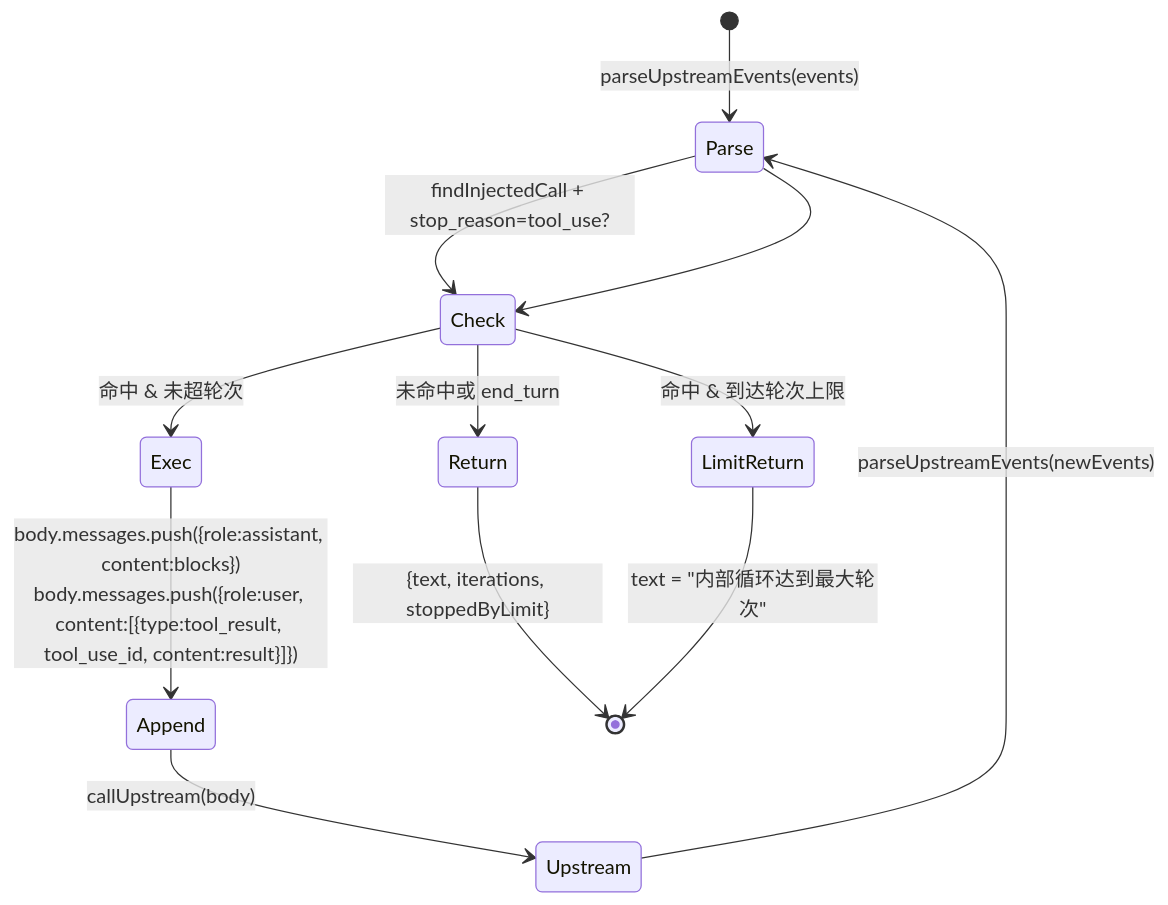
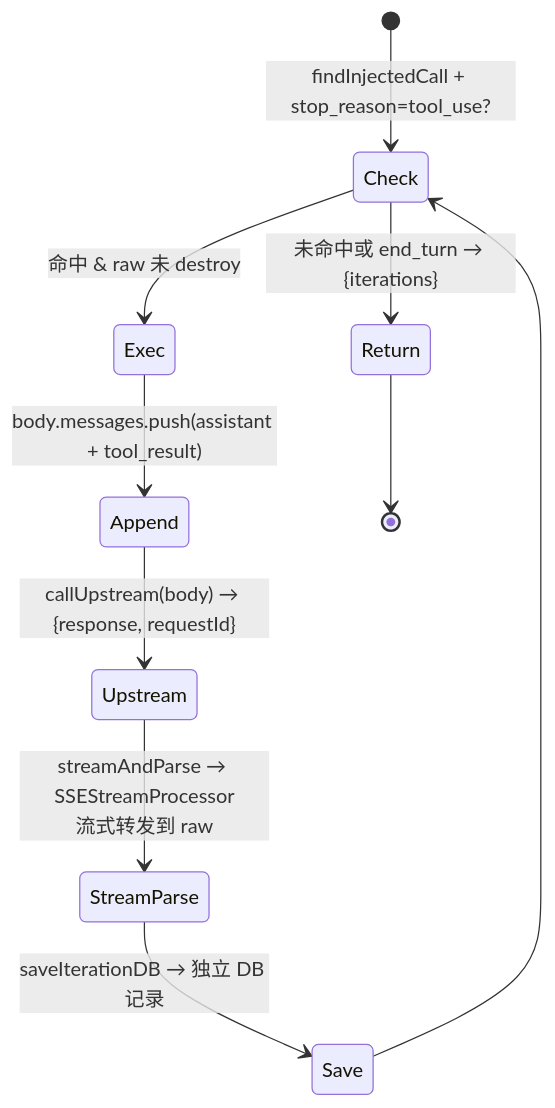
One commit to cashely/cc-monitoring changed the diagram in docs/architecture/proxy-core/tool-injection.md. Above: the diagram before and after it, drawn with Mermaid. The commit also changed other lines of this file and 13 other files, not shown here.

Commit message:
feat: SSE stream processor, chat API docs, architecture updates

````diff
--- a/docs/architecture/proxy-core/tool-injection.md
+++ b/docs/architecture/proxy-core/tool-injection.md
@@ -157,14 +209,12 @@
 ```mermaid
 stateDiagram-v2
-  [*] --> Parse: parseUpstreamEvents(events)
-  Parse --> Check: findInjectedCall + stop_reason=tool_use?
-  Check --> Exec: 命中 & 未超轮次
-  Check --> Return: 未命中或 end_turn
-  Exec --> Append: body.messages.push({role:assistant, content:blocks})<br/>body.messages.push({role:user, content:[{type:tool_result, tool_use_id, content:result}]})
-  Append --> Upstream: callUpstream(body)
-  Upstream --> Parse: parseUpstreamEvents(newEvents)
-  Parse --> Check
-  Return --> [*]: {text, iterations, stoppedByLimit}
-  Check --> LimitReturn: 命中 & 到达轮次上限
-  LimitReturn --> [*]: text = "内部循环达到最大轮次"
+  [*] --> Check: findInjectedCall + stop_reason=tool_use?
+  Check --> Exec: 命中 & raw 未 destroy
+  Check --> Return: 未命中或 end_turn → {iterations}
+  Exec --> Append: body.messages.push(assistant + tool_result)
+  Append --> Upstream: callUpstream(body) → {response, requestId}
+  Upstream --> StreamParse: streamAndParse → SSEStreamProcessor<br/>流式转发到 raw
+  StreamParse --> Save: saveIterationDB → 独立 DB 记录
+  Save --> Check
+  Return --> [*]
 ```
````
